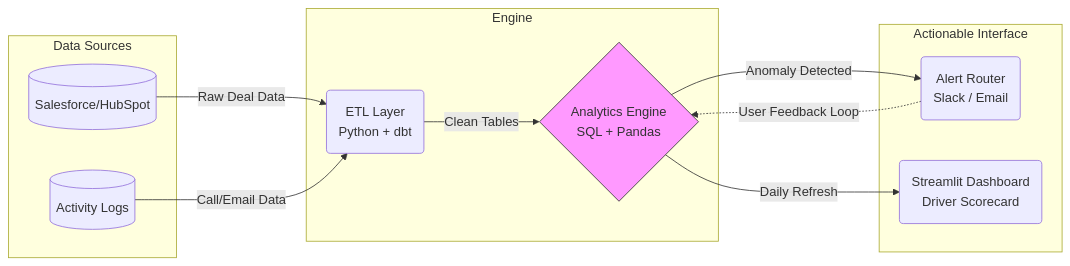
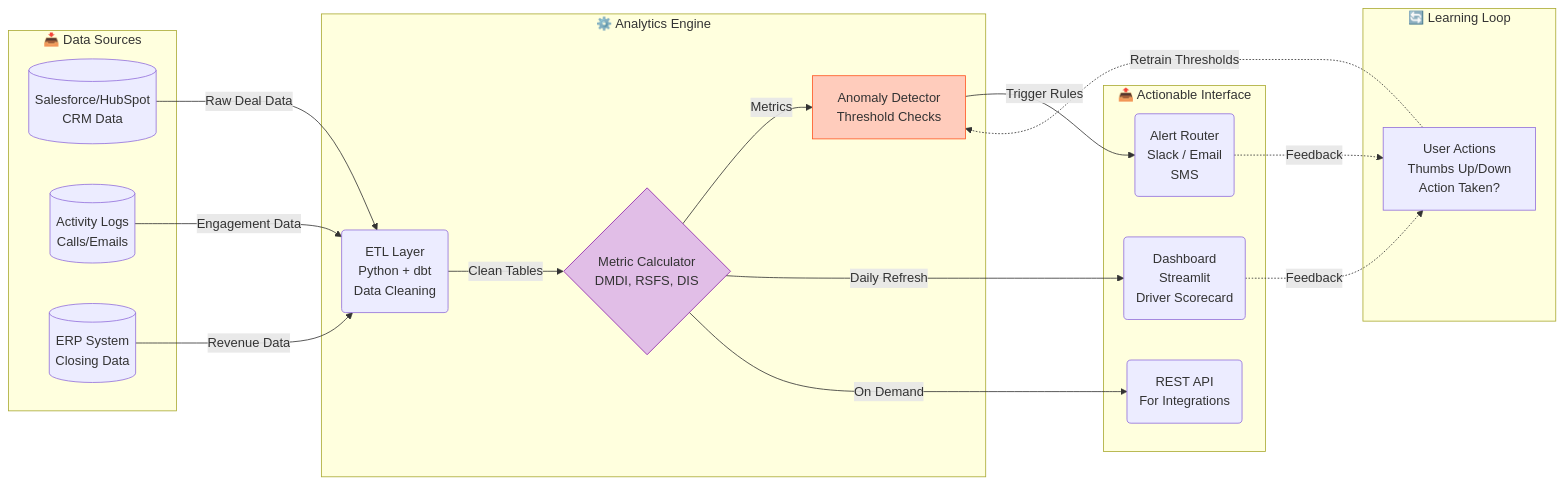
The third of 3 diagrams in README.md (Himanshuwagh/skygeni), drawn with Mermaid before and after one commit. The commit also changed other lines of this file and 3 other files, not shown here.

````diff
--- a/README.md
+++ b/README.md
@@ -77,26 +391,40 @@
 ```mermaid
 graph LR
-    subgraph Sources [Data Sources]
-        CRM[(Salesforce/HubSpot)]
-        Logs[(Activity Logs)]
+    subgraph Sources [📥 Data Sources]
+        CRM[(Salesforce/HubSpot<br/>CRM Data)]
+        Logs[(Activity Logs<br/>Calls/Emails)]
+        ERP[(ERP System<br/>Closing Data)]
     end
 
-    subgraph Processing [Engine]
-        ETL(ETL Layer<br/>Python + dbt)
-        Analytics{Analytics Engine<br/>SQL + Pandas}
+    subgraph Processing [⚙️ Analytics Engine]
+        ETL(ETL Layer<br/>Python + dbt<br/>Data Cleaning)
+        Calc{Metric Calculator<br/>DMDI, RSFS, DIS}
+        Detect[Anomaly Detector<br/>Threshold Checks]
     end
 
-    subgraph Outputs [Actionable Interface]
-        Alerts(Alert Router<br/>Slack / Email)
-        Dash(Streamlit Dashboard<br/>Driver Scorecard)
+    subgraph Outputs [📤 Actionable Interface]
+        Alerts(Alert Router<br/>Slack / Email<br/>SMS)
+        Dash(Dashboard<br/>Streamlit<br/>Driver Scorecard)
+        API(REST API<br/>For Integrations)
+    end
+    
+    subgraph Feedback [🔄 Learning Loop]
+        User[User Actions<br/>Thumbs Up/Down<br/>Action Taken?]
     end
 
     CRM -->|Raw Deal Data| ETL
-    Logs -->|Call/Email Data| ETL
-    ETL -->| Clean Tables | Analytics
-    Analytics -->| Anomaly Detected | Alerts
-    Analytics -->| Daily Refresh | Dash
-    Alerts -.->| User Feedback Loop | Analytics
+    Logs -->|Engagement Data| ETL
+    ERP -->|Revenue Data| ETL
+    ETL -->|Clean Tables| Calc
+    Calc -->|Metrics| Detect
+    Detect -->|Trigger Rules| Alerts
+    Calc -->|Daily Refresh| Dash
+    Calc -->|On Demand| API
+    
+    Alerts -.->|Feedback| User
+    Dash -.->|Feedback| User
+    User -.->|Retrain Thresholds| Detect
 
-    style Analytics fill:#f9f,stroke:#333
+    style Calc fill:#e1bee7,stroke:#8e24aa
+    style Detect fill:#ffccbc,stroke:#ff5722
 ```
````
